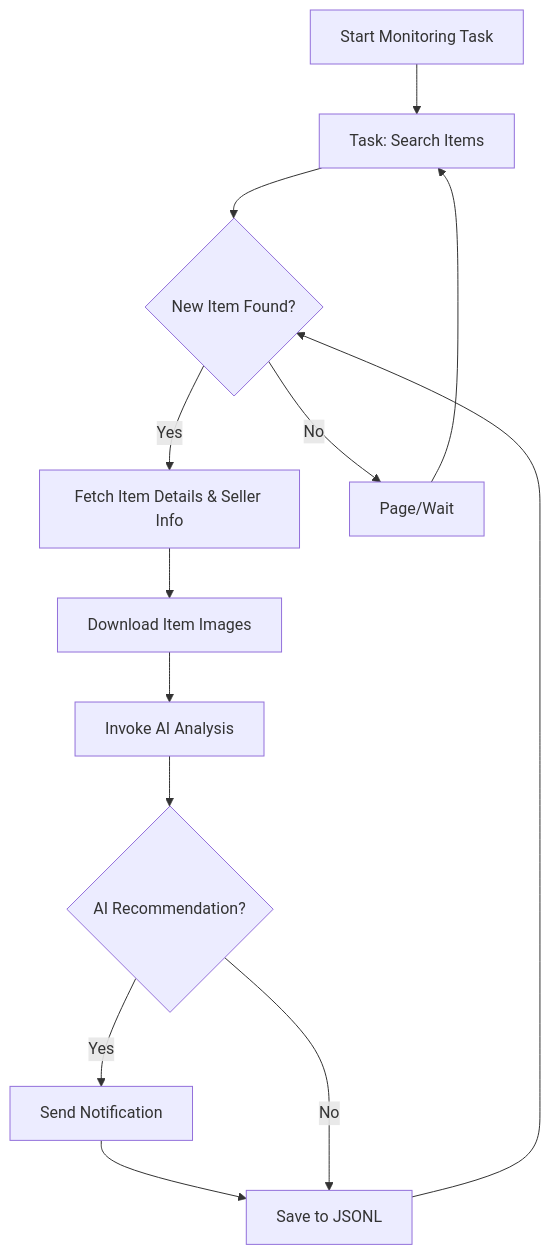
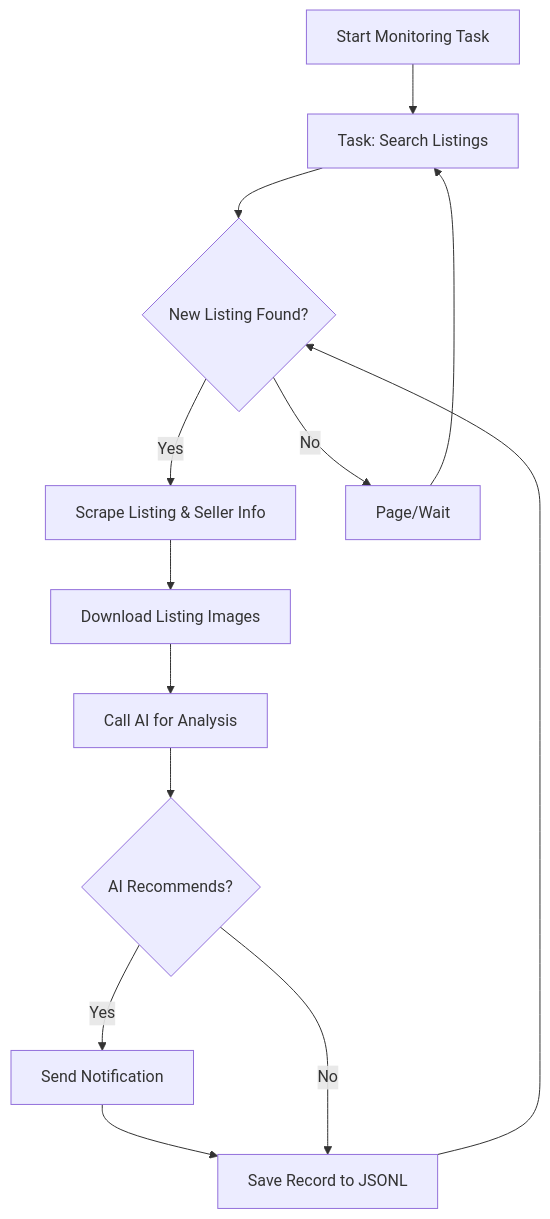
The diagram in docs/dingyufei615-ai-goofish-monitor.md (saurav-z/repo-docs), drawn with Mermaid before and after one commit. The commit also changed other lines of this file and 223 other files, not shown here.

````diff
--- a/docs/dingyufei615-ai-goofish-monitor.md
+++ b/docs/dingyufei615-ai-goofish-monitor.md
@@ -163,15 +214,15 @@
 ```mermaid
 graph TD
-    A[Start Monitoring Task] --> B[Task: Search Items];
-    B --> C{New Item Found?};
-    C -- Yes --> D[Fetch Item Details & Seller Info];
-    D --> E[Download Item Images];
-    E --> F[Invoke AI Analysis];
-    F --> G{AI Recommendation?};
+    A[Start Monitoring Task] --> B[Task: Search Listings];
+    B --> C{New Listing Found?};
+    C -- Yes --> D[Scrape Listing & Seller Info];
+    D --> E[Download Listing Images];
+    E --> F[Call AI for Analysis];
+    F --> G{AI Recommends?};
     G -- Yes --> H[Send Notification];
-    H --> I[Save to JSONL];
+    H --> I[Save Record to JSONL];
     G -- No --> I;
     C -- No --> J[Page/Wait];
     J --> B;
     I --> C;
 ```
````
